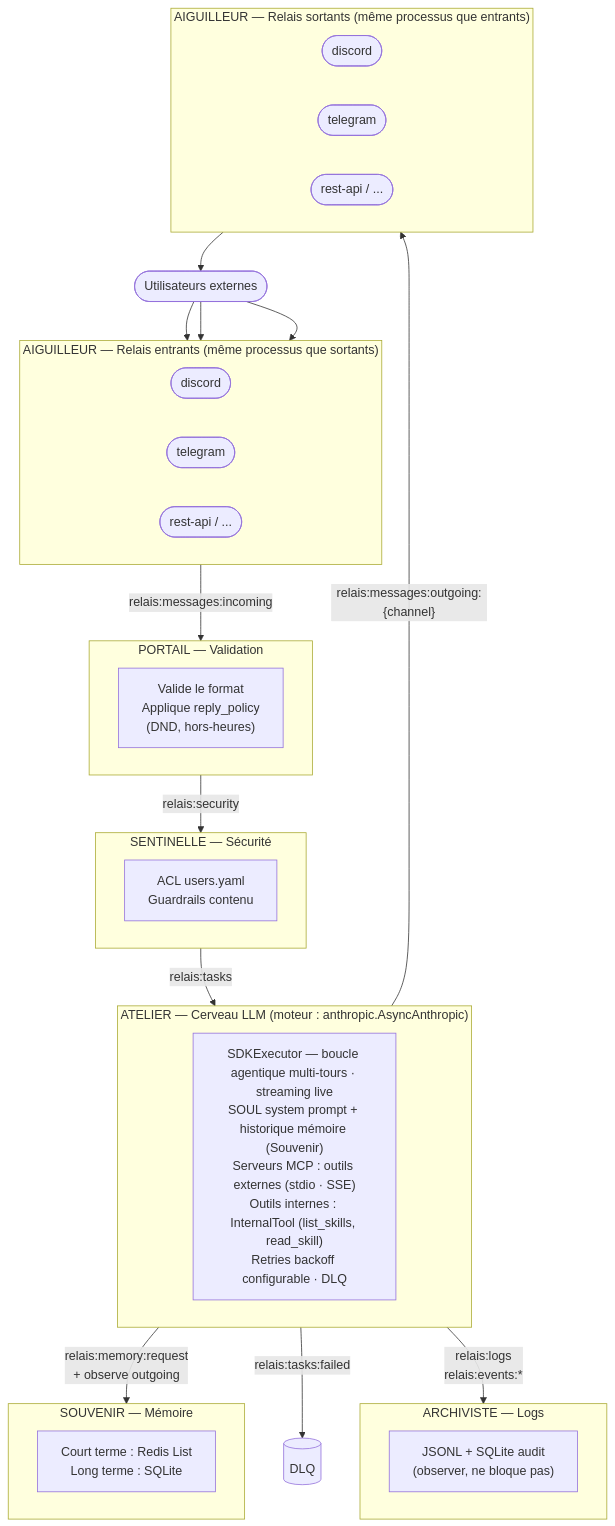
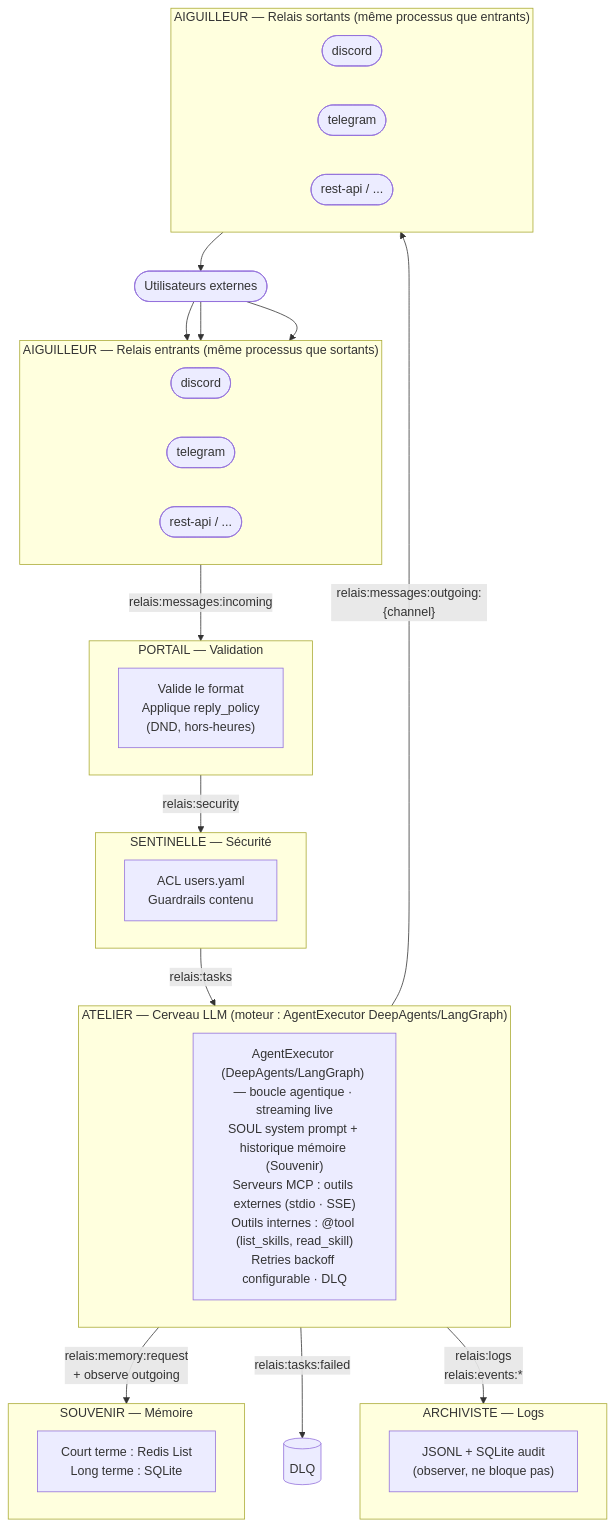
Before and after one commit to cyberbobjr/relais: the diagram in README.md, drawn with Mermaid. The commit also changed other lines of this file and 22 other files, not shown here.

First line of the commit message:
feat(atelier): migrate LLM execution to DeepAgents / LangChain

````diff
--- a/README.md
+++ b/README.md
@@ -82,53 +80,53 @@
 ```mermaid
 flowchart TD
     USERS(["Utilisateurs externes"])
 
     USERS --> D_IN & T_IN & R_IN
 
     subgraph AIG_IN["AIGUILLEUR — Relais entrants (même processus que sortants)"]
         direction LR
         D_IN([discord])
         T_IN([telegram])
         R_IN([rest-api / ...])
     end
 
     AIG_IN -->|"relais:messages:incoming"| PORTAIL
 
     subgraph PORTAIL["PORTAIL — Validation"]
         P["Valide le format\nApplique reply_policy\n(DND, hors-heures)"]
     end
 
     PORTAIL -->|"relais:security"| SENTINELLE
 
     subgraph SENTINELLE["SENTINELLE — Sécurité"]
         S["ACL users.yaml\nGuardrails contenu"]
     end
 
     SENTINELLE -->|"relais:tasks"| ATELIER
 
-    subgraph ATELIER["ATELIER — Cerveau LLM  (moteur : anthropic.AsyncAnthropic)"]
-        A["SDKExecutor — boucle agentique multi-tours · streaming live\nSOUL system prompt + historique mémoire (Souvenir)\nServeurs MCP : outils externes (stdio · SSE)\nOutils internes : InternalTool (list_skills, read_skill)\nRetries backoff configurable · DLQ"]
+    subgraph ATELIER["ATELIER — Cerveau LLM  (moteur : AgentExecutor DeepAgents/LangGraph)"]
+        A["AgentExecutor (DeepAgents/LangGraph) — boucle agentique · streaming live\nSOUL system prompt + historique mémoire (Souvenir)\nServeurs MCP : outils externes (stdio · SSE)\nOutils internes : @tool (list_skills, read_skill)\nRetries backoff configurable · DLQ"]
     end
 
     ATELIER -->|"relais:messages:outgoing:{channel}"| AIG_OUT
     ATELIER -->|"relais:memory:request\n+ observe outgoing"| SOUVENIR
     ATELIER -->|"relais:tasks:failed"| DLQ[("DLQ")]
     ATELIER -->|"relais:logs\nrelais:events:*"| ARCHIVISTE
 
     subgraph AIG_OUT["AIGUILLEUR — Relais sortants (même processus que entrants)"]
         direction LR
         D_OUT([discord])
         T_OUT([telegram])
         R_OUT([rest-api / ...])
     end
 
     subgraph SOUVENIR["SOUVENIR — Mémoire"]
         SV["Court terme : Redis List\nLong terme : SQLite"]
     end
 
     subgraph ARCHIVISTE["ARCHIVISTE — Logs"]
         AR["JSONL + SQLite audit\n(observer, ne bloque pas)"]
     end
 
     AIG_OUT --> USERS
 ```
````
